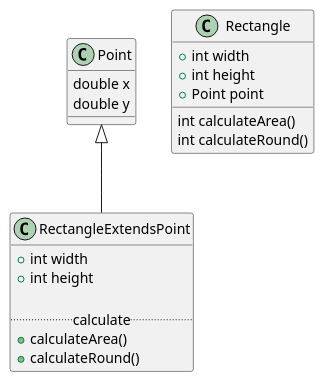
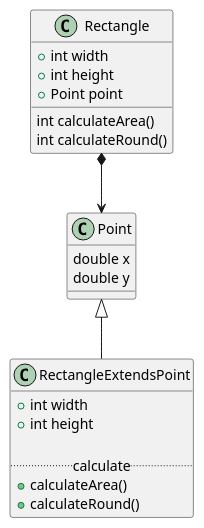
One commit to orm-camp-flutter-2ki/learn_dart_together changed the diagram in lib/240312/uml/calculate_diagram.puml. Above: the diagram before and after it, drawn with PlantUML.

Commit message:
fix: calculate_diagram.puml 수정

```diff
--- a/lib/240312/uml/calculate_diagram.puml
+++ b/lib/240312/uml/calculate_diagram.puml
@@ -1,27 +1,28 @@
 @startuml
 
 class Point {
 double x
 double y
 }
 
 class Rectangle {
 +int width
 +int height
 +Point point
 
 int calculateArea()
 int calculateRound()
 }
 
 class RectangleExtendsPoint extends Point {
 +int width
 +int height
 
 ..calculate..
 +calculateArea()
 +calculateRound()
 }
 
+Rectangle *--> Point
 
 @enduml
```
